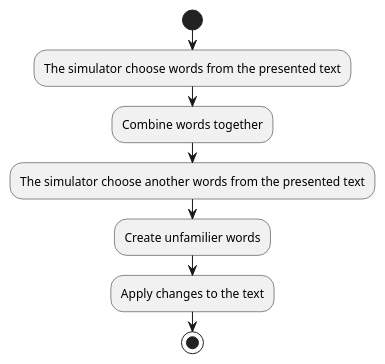
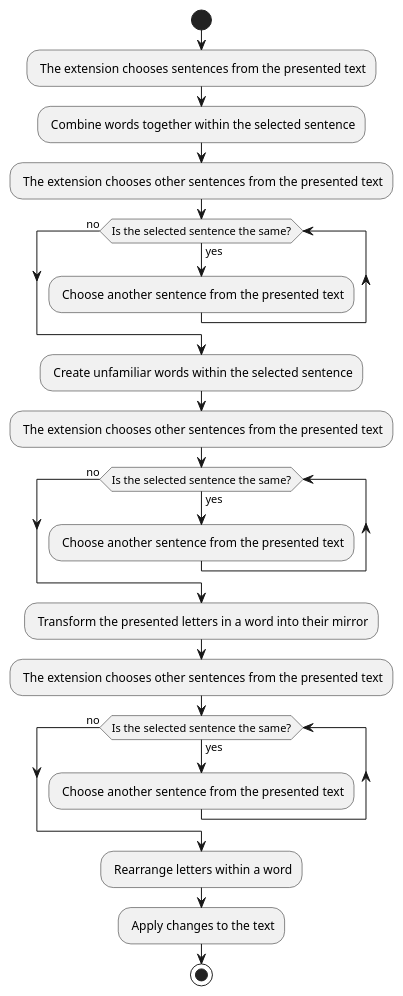
Before and after one commit to Muhammed-als/Dyslexia-Simulator: the diagram in diagrams/flow_diagrams/phonological.puml, drawn with PlantUML. The commit also changed 23 other files, not shown here.

Commit message:
diagrams and files are updated

```diff
--- a/diagrams/flow_diagrams/phonological.puml
+++ b/diagrams/flow_diagrams/phonological.puml
@@ -1,10 +1,23 @@
 @startuml Phonological
 start
 
-:The simulator choose words from the presented text;
-:Combine words together;
-:The simulator choose another words from the presented text;
-:Create unfamilier words;
-:Apply changes to the text;
+: The extension chooses sentences from the presented text;
+: Combine words together within the selected sentence;
+: The extension chooses other sentences from the presented text;
+while (Is the selected sentence the same?) is (yes)
+    : Choose another sentence from the presented text;
+endwhile (no)
+: Create unfamiliar words within the selected sentence;
+: The extension chooses other sentences from the presented text;
+while (Is the selected sentence the same?) is (yes)
+    : Choose another sentence from the presented text;
+endwhile (no)
+: Transform the presented letters in a word into their mirror;
+: The extension chooses other sentences from the presented text;
+while (Is the selected sentence the same?) is (yes)
+    : Choose another sentence from the presented text;
+endwhile (no)
+: Rearrange letters within a word;
+: Apply changes to the text;
 stop
 @enduml
```
